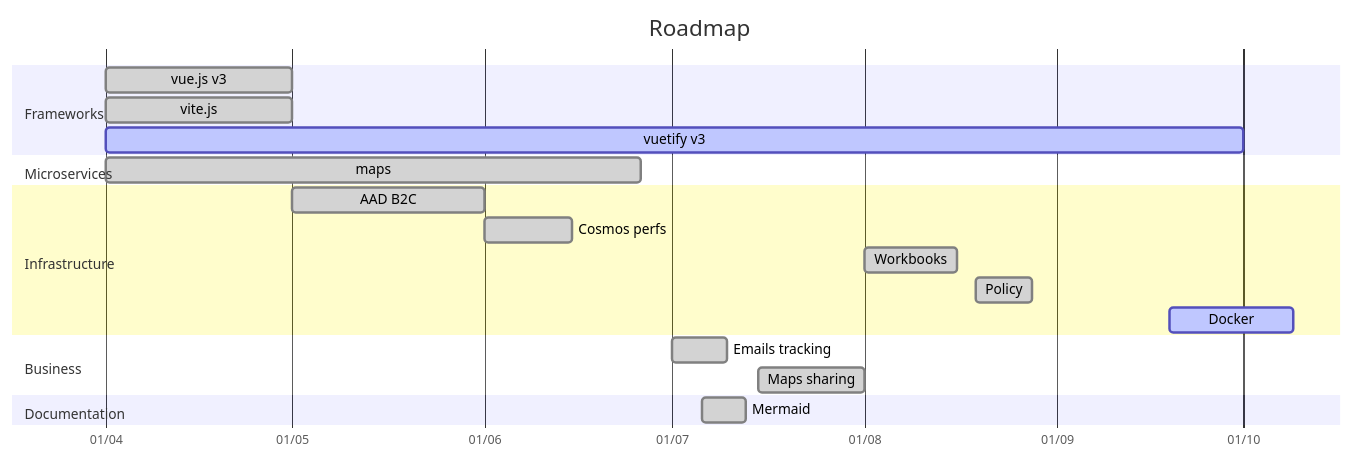
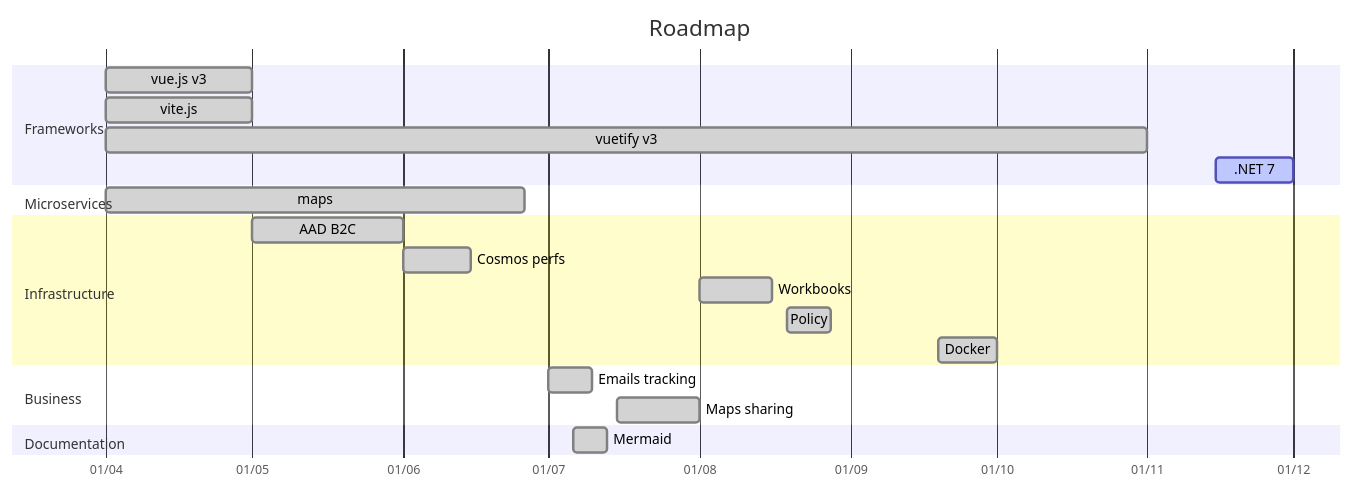
One commit to amilochau/.github changed the diagram in docs/roadmap.md. Above: the diagram before and after it, drawn with Mermaid. The commit also changed other lines of this file, not shown here.

Commit message:
Update roadmap.md (#23)

````diff
--- a/docs/roadmap.md
+++ b/docs/roadmap.md
@@ -9,28 +9,29 @@
 ```mermaid
 gantt
   title Roadmap
   dateFormat YYYY-MM-DD
   axisFormat %d/%m
 
   section Frameworks
   vue.js v3       : done,       vue,        2022-04-01,               2022-05-01
   vite.js         : done,       vite,       2022-04-01,               2022-05-01
-  vuetify v3      : active,     vuetify,    2022-04-01,               2022-10-01
+  vuetify v3      : done,       vuetify,    2022-04-01,               2022-11-01
+  .NET 7          : active,     dotnet,     2022-11-15,               2022-12-01
 
   section Microservices
   maps            : done,       maps,       2022-04-01,               2022-06-26
 
   section Infrastructure
   AAD B2C         : done,       aadb2c,     2022-05-01,               2022-06-01
   Cosmos perfs    : done,       cosmos,     2022-06-01,               2022-06-15
   Workbooks       : done,       workbooks,  2022-08-01,               2022-08-16
   Policy          : done,       policy,     2022-08-19,               2022-08-28
-  Docker          : active,     docker,     2022-09-19,               20d
+  Docker          : done,       docker,     2022-09-19,               2022-10-01
 
   section Business
   Emails tracking : done,       tracking,   2022-07-01,               2022-07-10
   Maps sharing    : done,       sharing,    2022-07-15,               2022-08-01
 
   section Documentation
   Mermaid         : done,       mermaid,    2022-07-06,               2022-07-13
 ```
````
